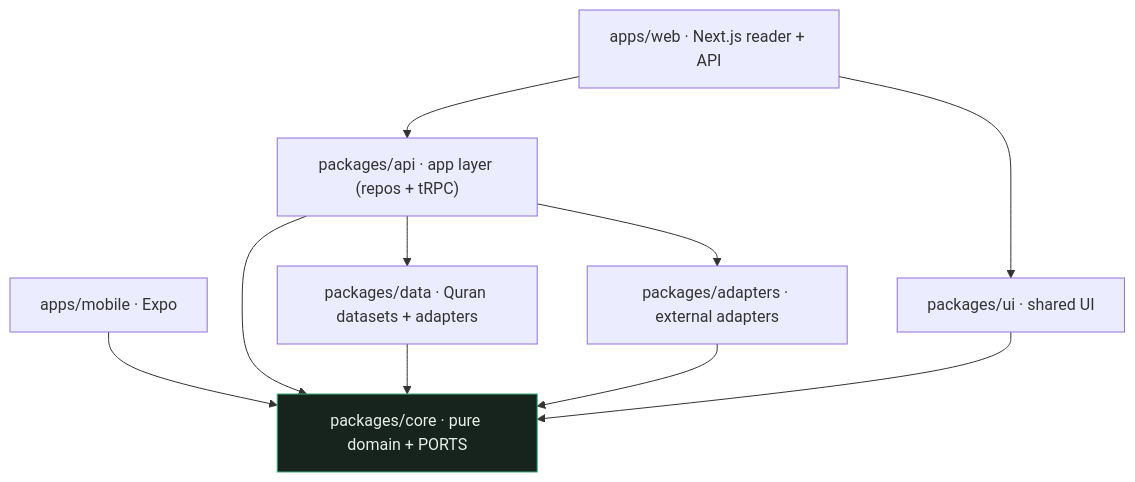
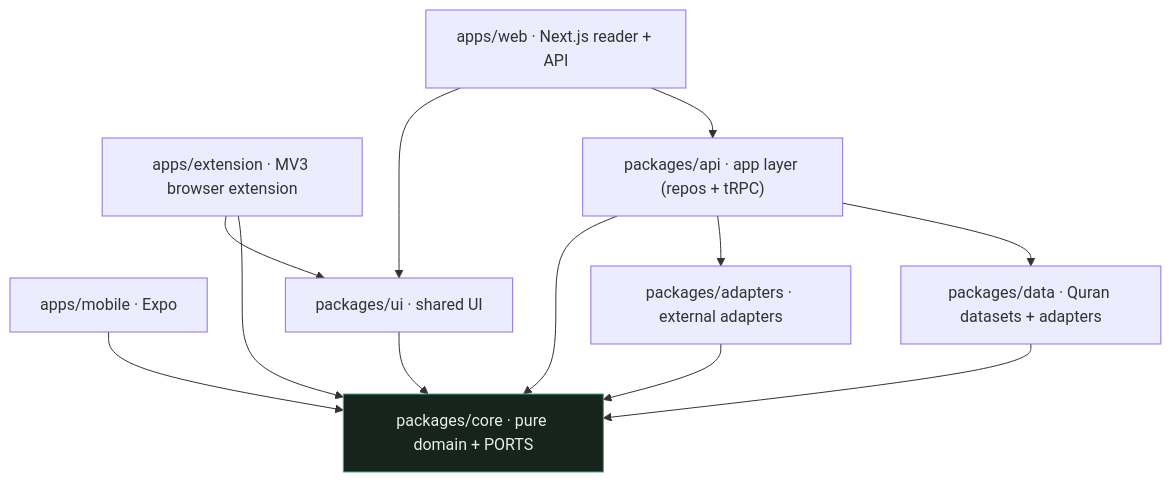
Before and after one commit to UmmahLibrary/ummah-library: the first of 4 diagrams in ARCHITECTURE.md, drawn with Mermaid. The commit also changed other lines of this file and 32 other files, not shown here.

First line of the commit message:
feat(extension): browser extension popup over the public REST API

````diff
--- a/ARCHITECTURE.md
+++ b/ARCHITECTURE.md
@@ -13,22 +13,25 @@
 ```mermaid
 flowchart TD
   web["apps/web · Next.js reader + API"]
   mobile["apps/mobile · Expo"]
+  extension["apps/extension · MV3 browser extension"]
   api["packages/api · app layer (repos + tRPC)"]
   data["packages/data · Quran datasets + adapters"]
   adapters["packages/adapters · external adapters"]
   ui["packages/ui · shared UI"]
   core["packages/core · pure domain + PORTS"]
 
   web --> api
   web --> ui
   mobile --> core
+  extension --> core
+  extension --> ui
   api --> data
   api --> adapters
   api --> core
   data --> core
   adapters --> core
   ui --> core
 
   style core fill:#16241d,stroke:#3fae7d,color:#e7efe9
 ```
````
